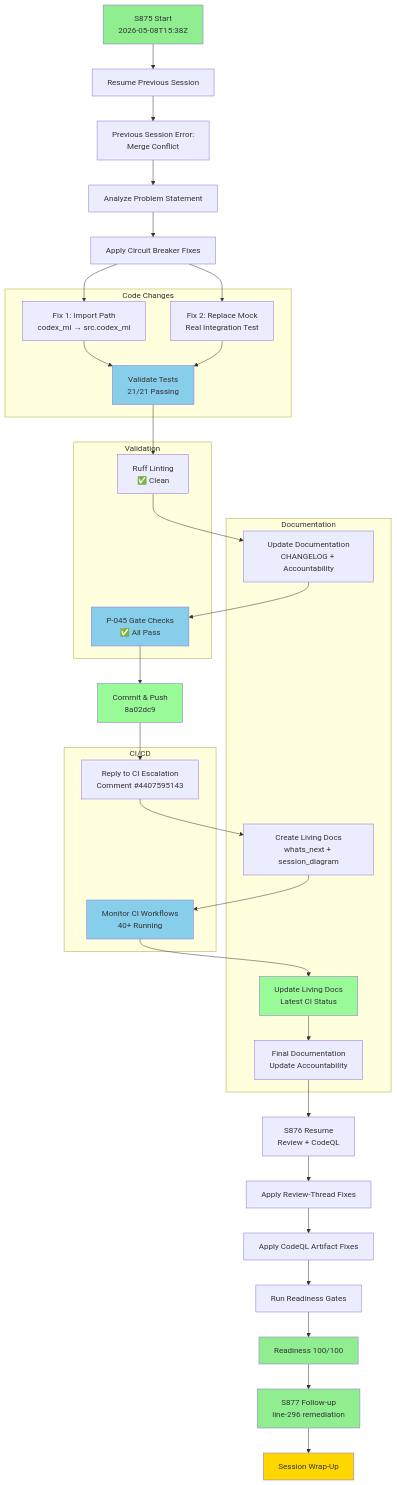
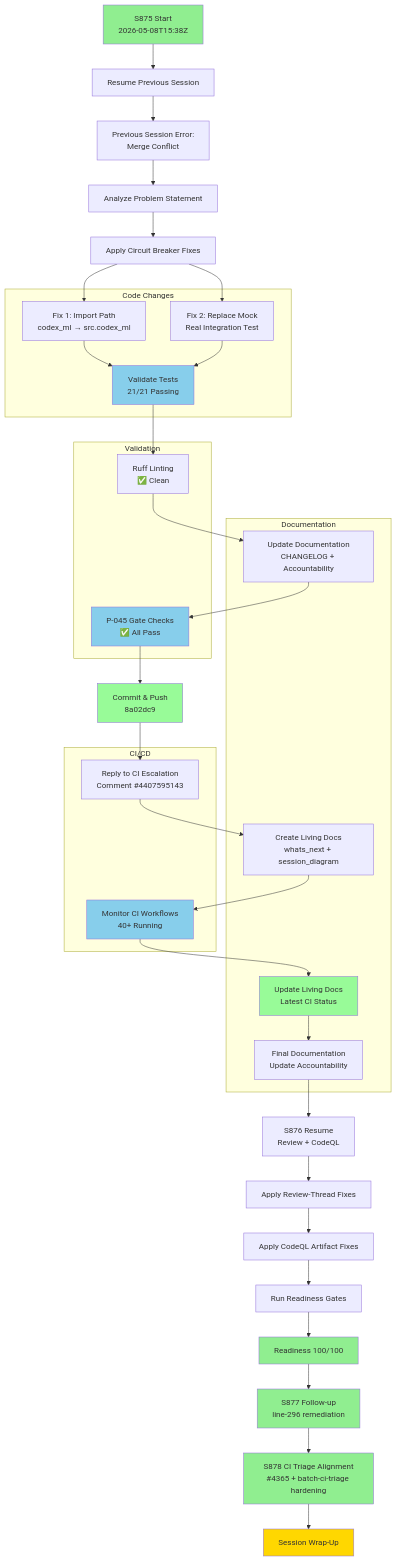
Before and after one commit to Aries-Serpent/_codex_: the first of 4 diagrams in docs/sessions/PR4366_session_diagram.md, drawn with Mermaid. The commit also changed other lines of this file and 9 other files, not shown here.

First line of the commit message:
fix: harden batch CI triage and apply CodeQL quick-win reductions

````diff
--- a/docs/sessions/PR4366_session_diagram.md
+++ b/docs/sessions/PR4366_session_diagram.md
@@ -12,67 +12,69 @@
 ```mermaid
 graph TD
     A[S875 Start<br/>2026-05-08T15:38Z] --> B[Resume Previous Session]
     B --> C[Previous Session Error:<br/>Merge Conflict]
     C --> D[Analyze Problem Statement]
     D --> E[Apply Circuit Breaker Fixes]
     
     E --> F[Fix 1: Import Path<br/>codex_ml → src.codex_ml]
     E --> G[Fix 2: Replace Mock<br/>Real Integration Test]
     
     F --> H[Validate Tests<br/>21/21 Passing]
     G --> H
     
     H --> I[Ruff Linting<br/>✅ Clean]
     I --> J[Update Documentation<br/>CHANGELOG + Accountability]
     
     J --> K[P-045 Gate Checks<br/>✅ All Pass]
     K --> L[Commit & Push<br/>8a02dc9]
     
     L --> M[Reply to CI Escalation<br/>Comment #4407595143]
     M --> N[Create Living Docs<br/>whats_next + session_diagram]
     
     N --> O[Monitor CI Workflows<br/>40+ Running]
     O --> P[Update Living Docs<br/>Latest CI Status]
     
     P --> Q[Final Documentation<br/>Update Accountability]
     Q --> R[S876 Resume<br/>Review + CodeQL]
     R --> S[Apply Review-Thread Fixes]
     S --> T[Apply CodeQL Artifact Fixes]
     T --> U[Run Readiness Gates]
     U --> V[Readiness 100/100]
     V --> W[S877 Follow-up<br/>line-296 remediation]
-    W --> X[Session Wrap-Up]
+    W --> X[S878 CI Triage Alignment<br/>#4365 + batch-ci-triage hardening]
+    X --> Y[Session Wrap-Up]
     
     style A fill:#90EE90
-    style X fill:#FFD700
+    style Y fill:#FFD700
     style H fill:#87CEEB
     style K fill:#87CEEB
     style L fill:#98FB98
     style O fill:#87CEEB
     style P fill:#98FB98
     style V fill:#90EE90
     style W fill:#90EE90
+    style X fill:#90EE90
     
     subgraph "Code Changes"
         F
         G
         H
     end
     
     subgraph "Documentation"
         J
         N
         P
         Q
     end
     
     subgraph "CI/CD"
         M
         O
     end
     
     subgraph "Validation"
         I
         K
     end
 ```
````
